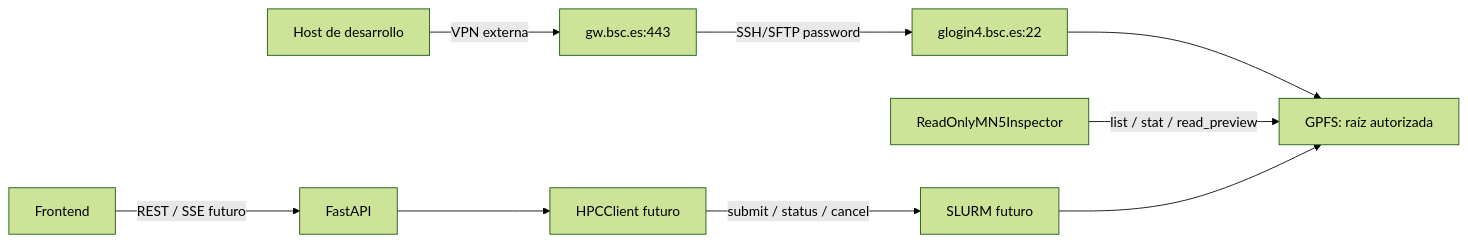
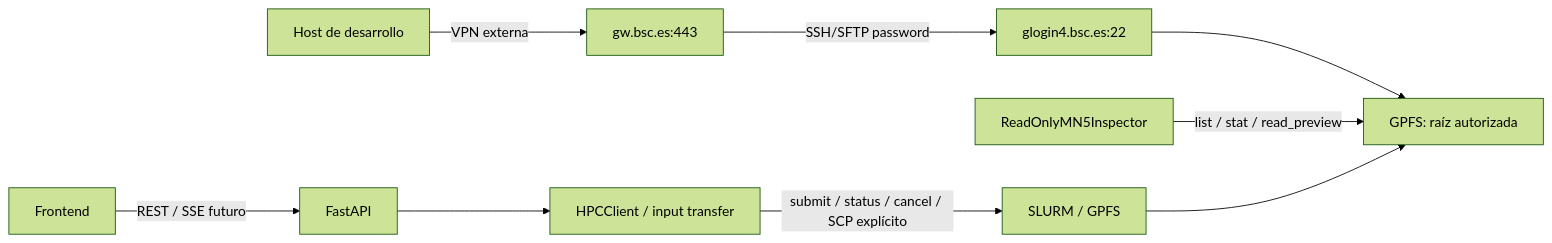
One commit to Cruz1122/residue-annotation-platform changed the diagram in docs/mn5-current-state.md. Above: the diagram before and after it, drawn with Mermaid (forest theme). The commit also changed other lines of this file and 204 other files, not shown here.

Commit message:
feat: connect product boundaries and account flows

````diff
--- a/docs/mn5-current-state.md
+++ b/docs/mn5-current-state.md
@@ -48,11 +48,11 @@
 ```mermaid
 flowchart LR
     Host[Host de desarrollo] -->|VPN externa| VPN[gw.bsc.es:443]
     VPN -->|SSH/SFTP password| Login[glogin4.bsc.es:22]
     Login --> Root[GPFS: raíz autorizada]
     Inspector[ReadOnlyMN5Inspector] -->|list / stat / read_preview| Root
-    Worker[HPCClient futuro] -->|submit / status / cancel| Slurm[SLURM futuro]
+    Worker[HPCClient / input transfer] -->|submit / status / cancel / SCP explícito| Slurm[SLURM / GPFS]
     Slurm --> Root
     API[FastAPI] --> Worker
     Browser[Frontend] -->|REST / SSE futuro| API
 ```
````
